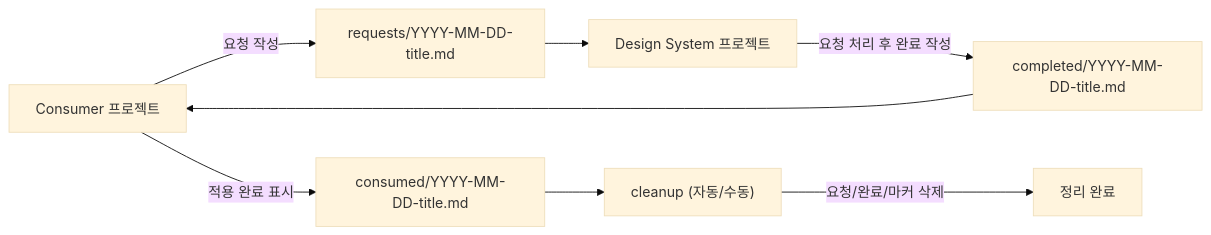
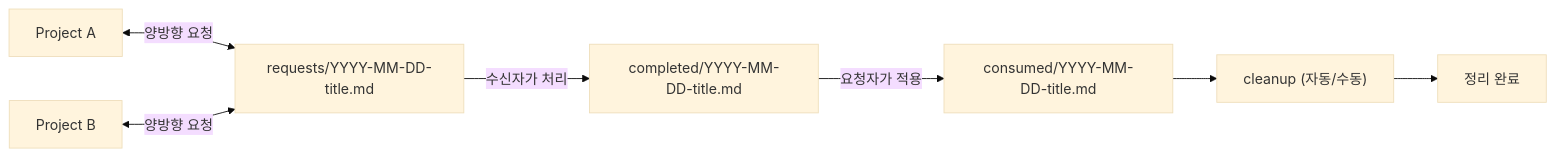
Before and after one commit to mlbghoon/blumnai-design-system: the diagram in src/claude-automation-guide.ko.details.md, drawn with Mermaid (base theme). The commit also changed other lines of this file and 1 other file, not shown here.

First line of the commit message:
Update automation guide: dual-hook CodeRabbit trigger system

````diff
--- a/src/claude-automation-guide.ko.details.md
+++ b/src/claude-automation-guide.ko.details.md
@@ -101,11 +109,8 @@
 ```mermaid
 flowchart LR
-  Consumer["Consumer 프로젝트"] -->|"요청 작성"| ReqFile["requests/YYYY-MM-DD-title.md"]
-  DS["Design System 프로젝트"] -->|"요청 처리 후 완료 작성"| CompFile["completed/YYYY-MM-DD-title.md"]
-  Consumer -->|"적용 완료 표시"| ConsumedFile["consumed/YYYY-MM-DD-title.md"]
-  Cleanup["cleanup (자동/수동)"] -->|"요청/완료/마커 삭제"| Done["정리 완료"]
-
-  ReqFile --> DS
-  CompFile --> Consumer
-  ConsumedFile --> Cleanup
+  ProjA["Project A"] <-->|"양방향 요청"| ReqFile["requests/YYYY-MM-DD-title.md"]
+  ProjB["Project B"] <-->|"양방향 요청"| ReqFile
+  ReqFile -->|"수신자가 처리"| CompFile["completed/YYYY-MM-DD-title.md"]
+  CompFile -->|"요청자가 적용"| ConsumedFile["consumed/YYYY-MM-DD-title.md"]
+  ConsumedFile --> Cleanup["cleanup (자동/수동)"] --> Done["정리 완료"]
 ```
````
